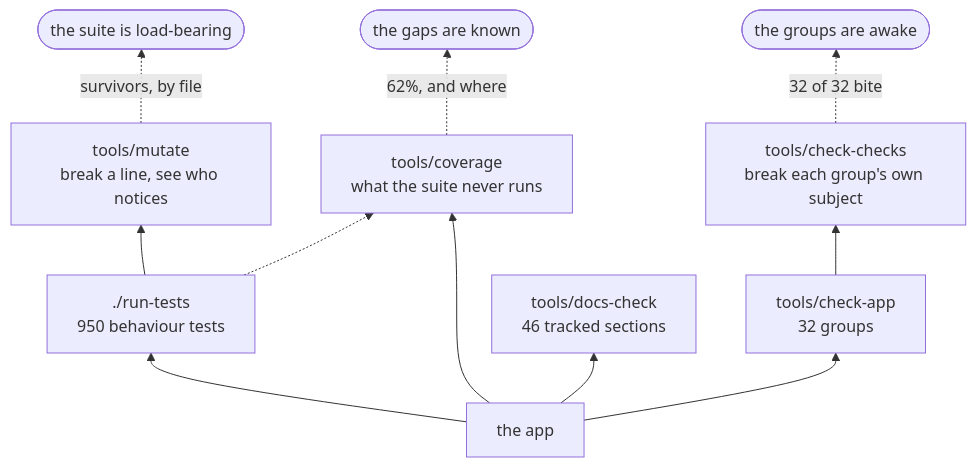
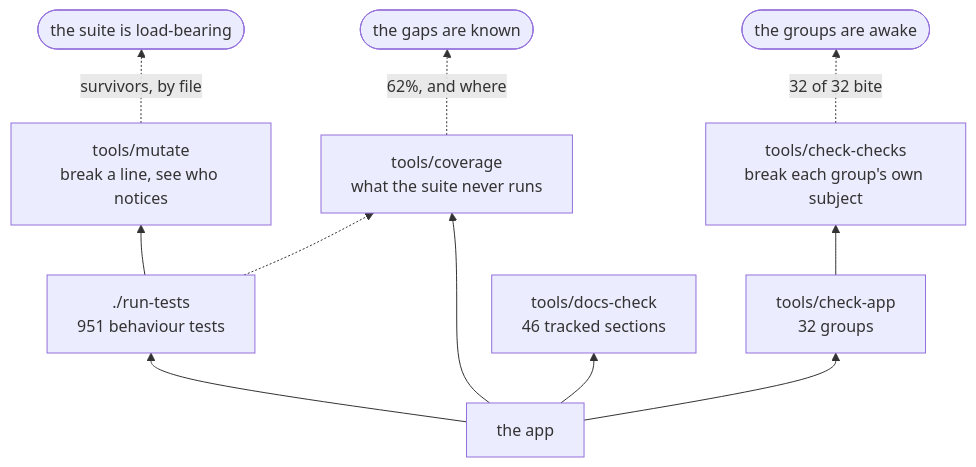
One commit to minormending/crystal-pilot-mobile changed the second of 3 diagrams in docs/DEVELOPING.md. Above: the diagram before and after it, drawn with Mermaid. The commit also changed other lines of this file and 9 other files, not shown here.

````diff
--- a/docs/DEVELOPING.md
+++ b/docs/DEVELOPING.md
@@ -128,13 +128,13 @@
 ```mermaid
 flowchart BT
-    C["the app"] --> T["./run-tests<br/>950 behaviour tests"]
+    C["the app"] --> T["./run-tests<br/>951 behaviour tests"]
     C --> A["tools/check-app<br/>32 groups"]
     C --> D["tools/docs-check<br/>46 tracked sections"]
     C --> V["tools/coverage<br/>what the suite never runs"]
     T --> M["tools/mutate<br/>break a line, see who notices"]
     A --> K["tools/check-checks<br/>break each group's own subject"]
     T -.-> V
     M -.->|"survivors, by file"| R(["the suite is load-bearing"])
     K -.->|"32 of 32 bite"| R2(["the groups are awake"])
     V -.->|"62%, and where"| R3(["the gaps are known"])
 ```
````
